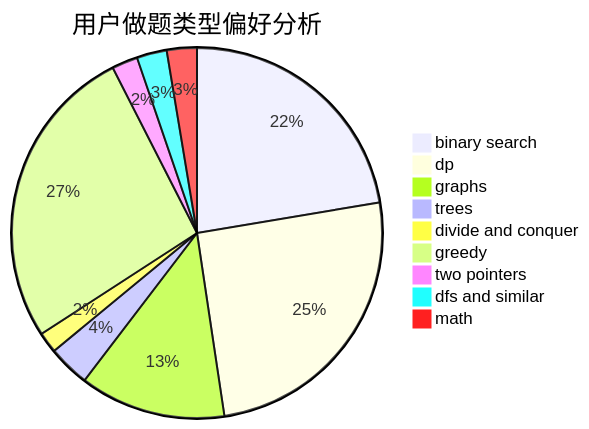
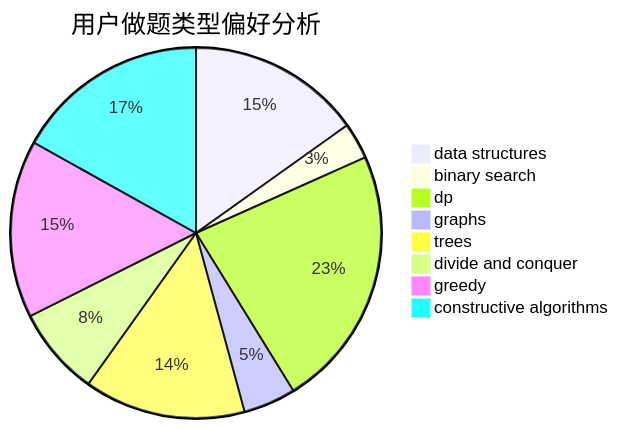
Before and after one commit to sherpahu/cfrs.github.io: the second of 3 diagrams in docs/user/u1493.md, drawn with Mermaid. The commit also changed other lines of this file and 2775 other files, not shown here.

````diff
--- a/docs/user/u1493.md
+++ b/docs/user/u1493.md
@@ -23,12 +23,11 @@
 ```mermaid
 pie title 用户做题类型偏好分析
-    "binary search" :  307
-    "dp" :  347
-    "graphs" :  175
-    "trees" :  50
-    "divide and conquer" :  25
-    "greedy" :  366
-    "two pointers" :  31
-    "dfs and similar" :  36
-    "math" :  36
+    "data structures" :  43
+    "binary search" :  9
+    "dp" :  65
+    "graphs" :  13
+    "trees" :  40
+    "divide and conquer" :  22
+    "greedy" :  44
+    "constructive algorithms" :  48
 ```
````
